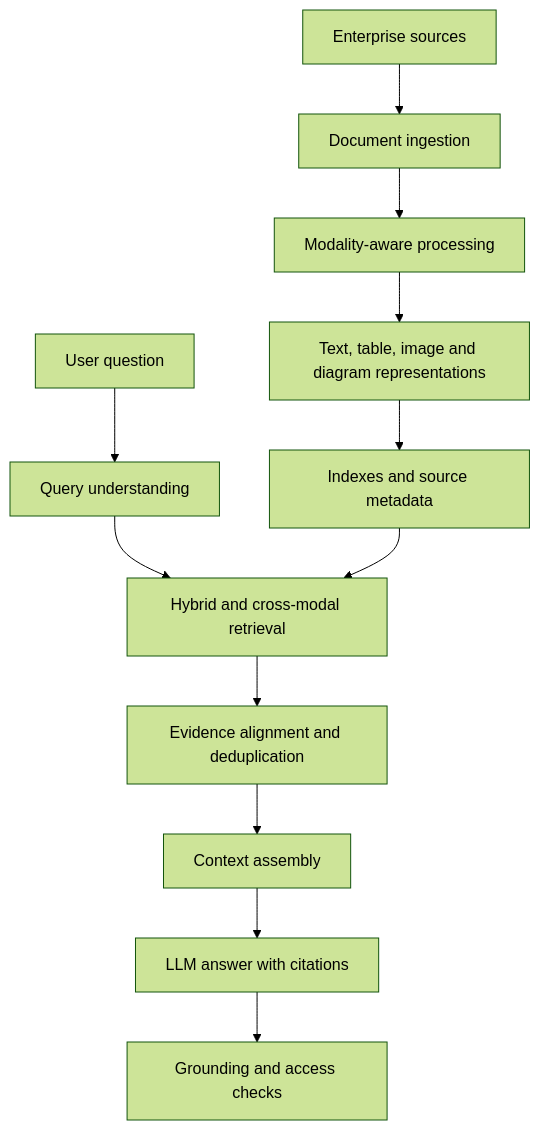
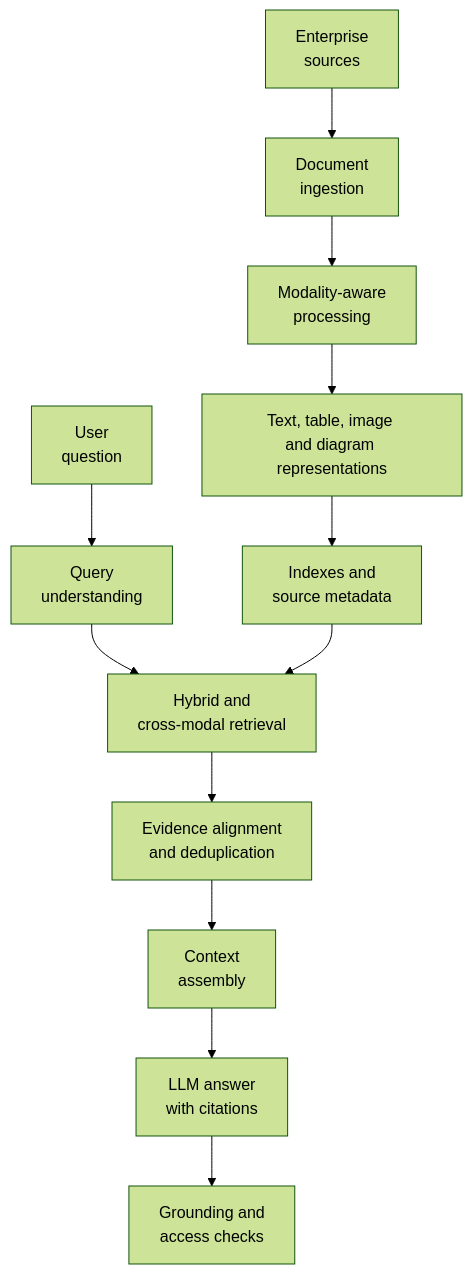
The first of 2 diagrams in docs/architecture-insights/genai-and-rag/4.3_designing-multimodal-rag-for-enterprise-knowledge.md (MihirKJha/enterprise-ai-blog), drawn with Mermaid (forest theme) before and after one commit. The commit also changed other lines of this file and 7 other files, not shown here.

First line of the commit message:
Added new architecture insights for AI Agents

````diff
--- a/docs/architecture-insights/genai-and-rag/4.3_designing-multimodal-rag-for-enterprise-knowledge.md
+++ b/docs/architecture-insights/genai-and-rag/4.3_designing-multimodal-rag-for-enterprise-knowledge.md
@@ -134,14 +134,14 @@
 ```mermaid
 flowchart TD
-    A[Enterprise sources] --> B[Document ingestion]
-    B --> C[Modality-aware processing]
-    C --> D[Text, table, image and diagram representations]
-    D --> E[Indexes and source metadata]
-    Q[User question] --> R[Query understanding]
-    R --> S[Hybrid and cross-modal retrieval]
+    A[Enterprise<br/> sources] --> B[Document<br/> ingestion]
+    B --> C[Modality-aware<br/> processing]
+    C --> D[Text, table, image <br/>and diagram representations]
+    D --> E[Indexes and <br/>source metadata]
+    Q[User <br/>question] --> R[Query <br/>understanding]
+    R --> S[Hybrid and <br/>cross-modal retrieval]
     E --> S
-    S --> T[Evidence alignment and deduplication]
-    T --> U[Context assembly]
-    U --> V[LLM answer with citations]
-    V --> W[Grounding and access checks]
+    S --> T[Evidence alignment<br/> and deduplication]
+    T --> U[Context <br/>assembly]
+    U --> V[LLM answer <br/>with citations]
+    V --> W[Grounding and<br/>access checks]
 ```
````
